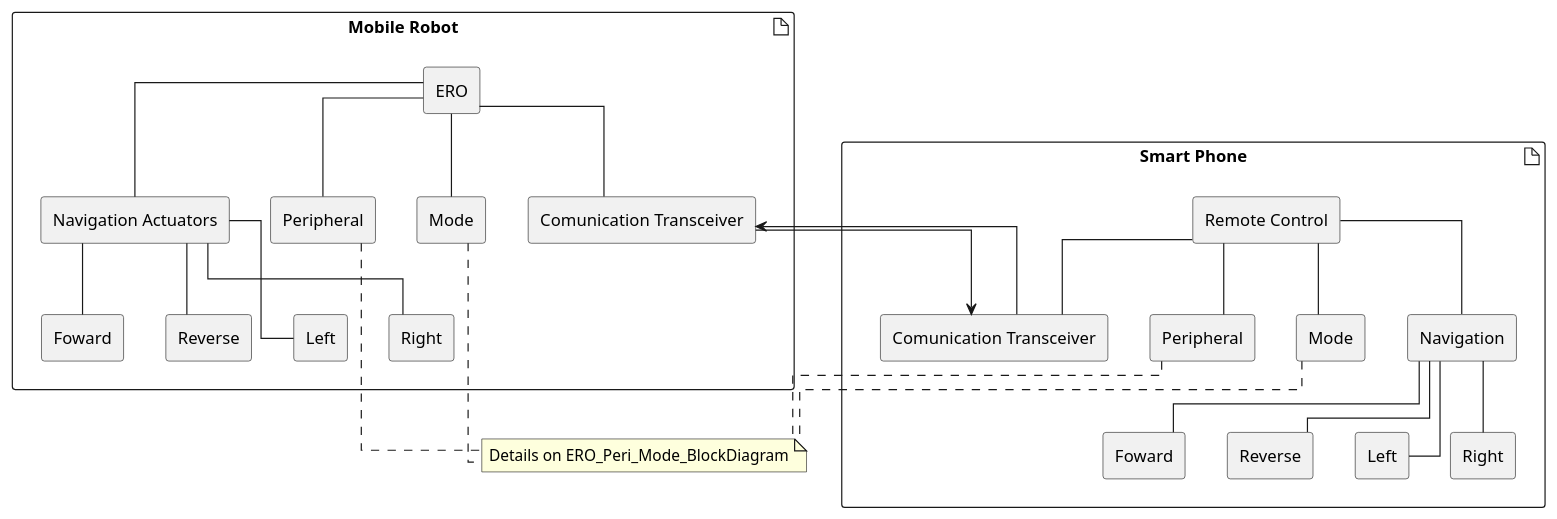
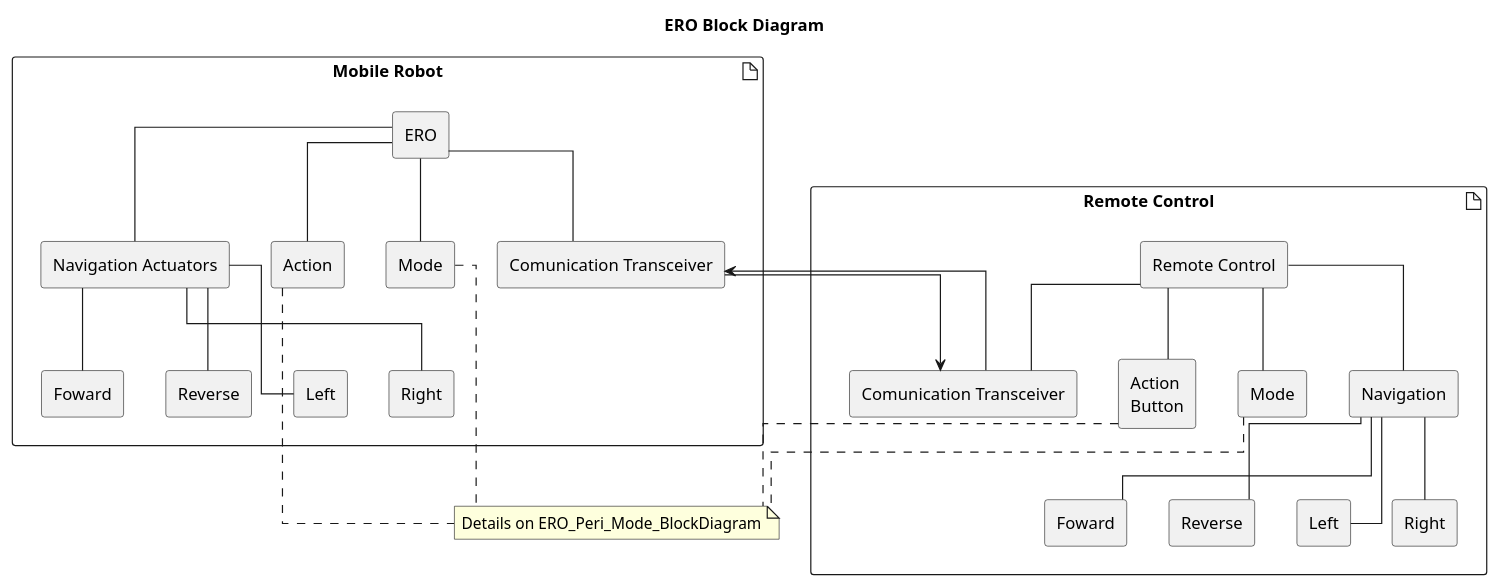
One commit to Mysues/ERO_STM32 changed the diagram in docs/ERO_BlockDiagram.puml. Above: the diagram before and after it, drawn with PlantUML.

Commit message:
edit main block diagram

```diff
--- a/docs/ERO_BlockDiagram.puml
+++ b/docs/ERO_BlockDiagram.puml
@@ -1,60 +1,62 @@
 @startuml
 skinparam linetype polyline
 skinparam linetype ortho
 
+title ERO Block Diagram
+
 artifact "Mobile Robot" as robot{
     agent "ERO" as subject_ero
     agent "Navigation Actuators" as robot_nav
-    agent "Peripheral" as robot_peri
+    agent "Action" as robot_peri
     agent "Mode" as robot_mode
     agent "Comunication Transceiver" as robot_com
     agent "Foward" as robot_nav_fw
     agent "Reverse" as robot_nav_rv
     agent "Left" as robot_nav_l
     agent "Right" as robot_nav_r
 } 
-artifact "Smart Phone" as remote{
+artifact "Remote Control" as remote{
     agent "Remote Control" as subject_remote
     agent "Navigation" as remote_nav
-    agent "Peripheral" as remote_peri
+    agent "Action\nButton" as remote_peri
     agent "Mode" as remote_mode
     agent "Comunication Transceiver" as remote_com
     agent "Foward" as remote_nav_fw
     agent "Reverse" as remote_nav_rv
     agent "Left" as remote_nav_l
     agent "Right" as remote_nav_r
 }
 
 note "Details on ERO_Peri_Mode_BlockDiagram" as extention_hint
 
 robot_com ---> remote_com
 robot_com <--left-- remote_com
 robot_com -[hidden]- remote_com
 robot -[hidden]right- remote
 subject_ero -[hidden]right- robot_com
 
 subject_ero -- robot_nav
 subject_ero -- robot_peri
 subject_ero -- robot_mode
 subject_ero -- robot_com
 robot_nav -- robot_nav_fw
 robot_nav -- robot_nav_rv
 robot_nav -- robot_nav_l
 robot_nav -- robot_nav_r
 
 subject_remote -- remote_nav
 subject_remote -- remote_peri
 subject_remote -- remote_mode
 subject_remote -- remote_com
 remote_nav -- remote_nav_fw
 remote_nav -- remote_nav_rv
 remote_nav -- remote_nav_l
 remote_nav -- remote_nav_r
 
 remote_peri .. extention_hint
 remote_mode .. extention_hint
 
 robot_peri .. extention_hint
 robot_mode .. extention_hint
 
 @enduml
```
